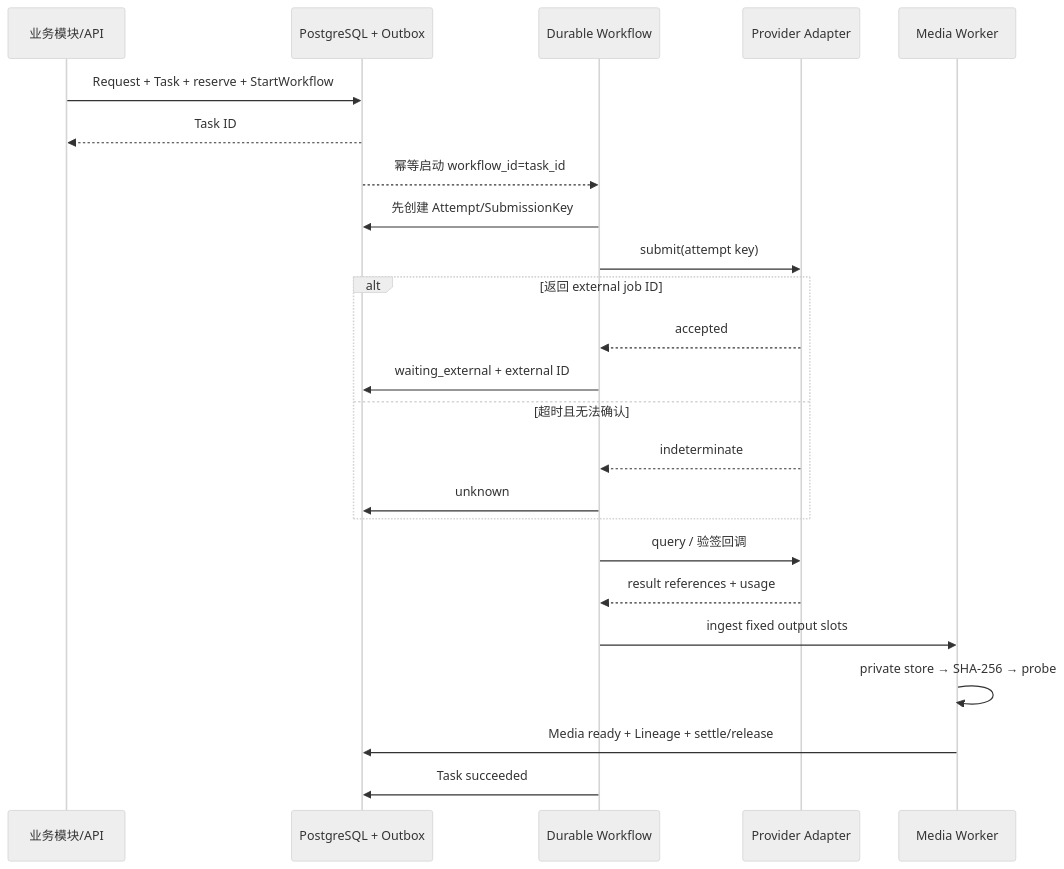
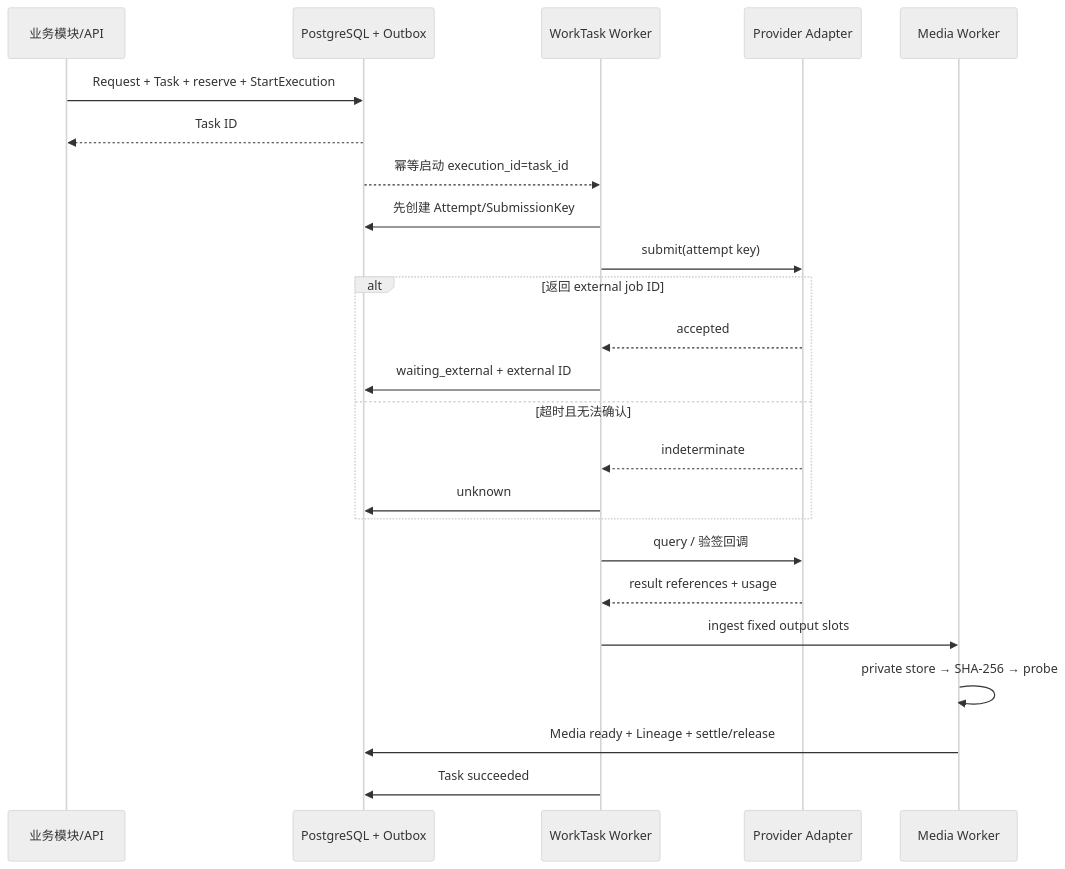
Before and after one commit to StephenQiu30/lanverse: the diagram in docs/design/012-平台Capability与Provider耐久任务及媒体设计.md, drawn with Mermaid (neutral theme). The commit also changed other lines of this file and 26 other files, not shown here.

````diff
--- a/docs/design/012-平台Capability与Provider耐久任务及媒体设计.md
+++ b/docs/design/012-平台Capability与Provider耐久任务及媒体设计.md
@@ -118,26 +118,26 @@
 ```mermaid
 sequenceDiagram
     participant B as 业务模块/API
     participant DB as PostgreSQL + Outbox
-    participant W as Durable Workflow
+    participant W as WorkTask Worker
     participant A as Provider Adapter
     participant M as Media Worker
-    B->>DB: Request + Task + reserve + StartWorkflow
+    B->>DB: Request + Task + reserve + StartExecution
     DB-->>B: Task ID
-    DB-->>W: 幂等启动 workflow_id=task_id
+    DB-->>W: 幂等启动 execution_id=task_id
     W->>DB: 先创建 Attempt/SubmissionKey
     W->>A: submit(attempt key)
     alt 返回 external job ID
         A-->>W: accepted
         W->>DB: waiting_external + external ID
     else 超时且无法确认
         A-->>W: indeterminate
         W->>DB: unknown
     end
     W->>A: query / 验签回调
     A-->>W: result references + usage
     W->>M: ingest fixed output slots
     M->>M: private store → SHA-256 → probe
     M->>DB: Media ready + Lineage + settle/release
     W->>DB: Task succeeded
 ```
````
